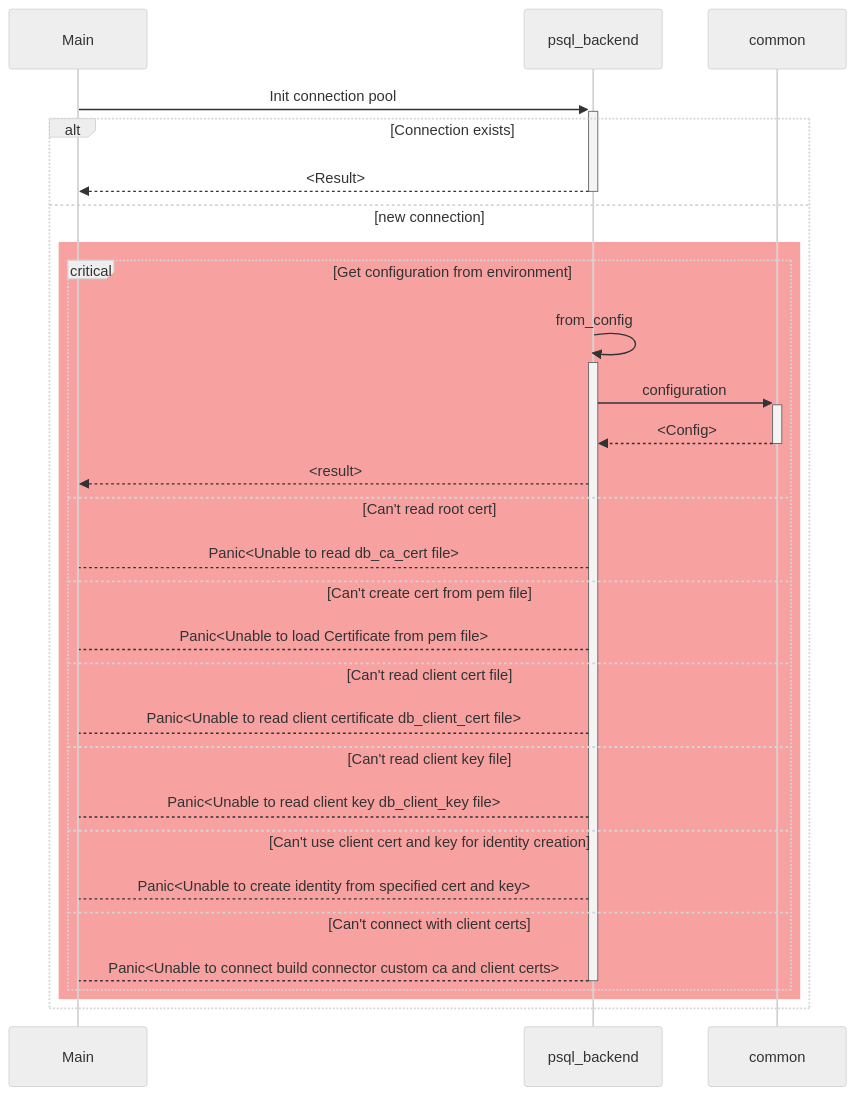
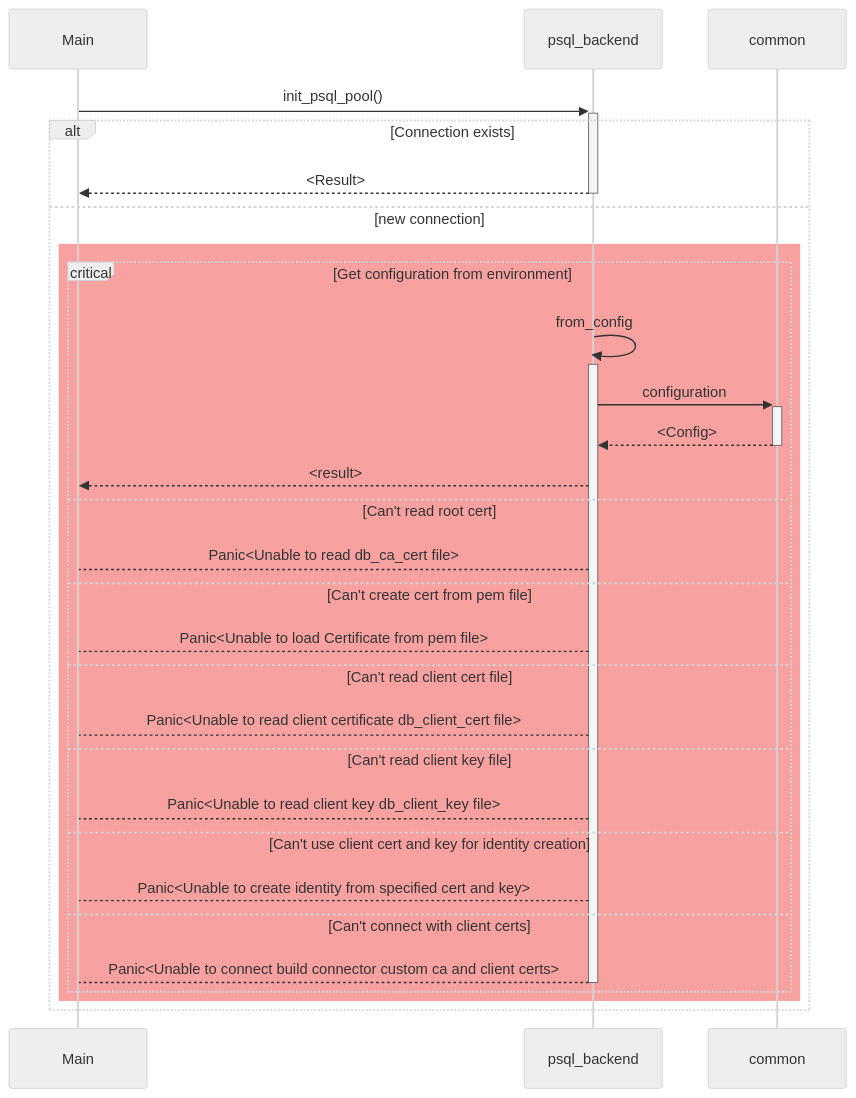
One commit to aetheric-oss/svc-storage changed the first of 13 diagrams in docs/sdd.md. Above: the diagram before and after it, drawn with Mermaid (neutral theme). The commit also changed other lines of this file and 2 other files, not shown here.

````diff
--- a/docs/sdd.md
+++ b/docs/sdd.md
@@ -96,31 +96,31 @@
 ```mermaid
 sequenceDiagram
     participant main as Main
     participant psql as psql_backend
     participant comm as common
-    main->>+psql: Init connection pool
+    main->>+psql: init_psql_pool()
     alt Connection exists
         psql-->>-main: <Result>
     else new connection
         rect rgb(247, 161, 161)
             critical Get configuration from environment
                 psql->>+psql: from_config
                 psql->>+comm: configuration
                 comm-->>-psql: <Config>
                 psql-->>main: <result>
             option Can't read root cert
                 psql-->main: Panic<Unable to read db_ca_cert file>
             option Can't create cert from pem file
                 psql-->main: Panic<Unable to load Certificate from pem file>
             option Can't read client cert file
                 psql-->main: Panic<Unable to read client certificate db_client_cert file>
             option Can't read client key file
                 psql-->main: Panic<Unable to read client key db_client_key file>
             option Can't use client cert and key for identity creation
                 psql-->main: Panic<Unable to create identity from specified cert and key>
             option Can't connect with client certs
                 psql-->-main: Panic<Unable to connect build connector custom ca and client certs>
             end
         end
     end
 ```
````
